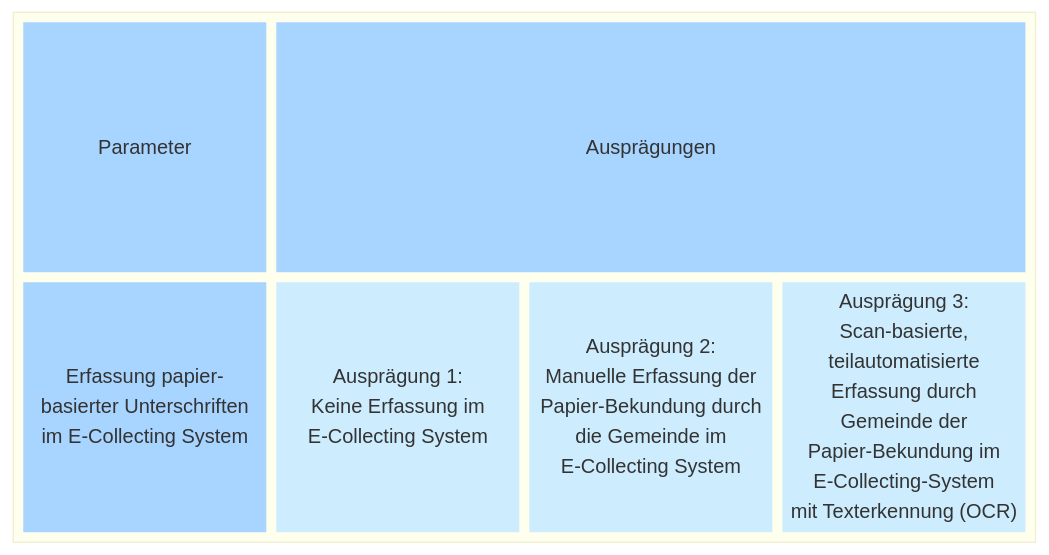
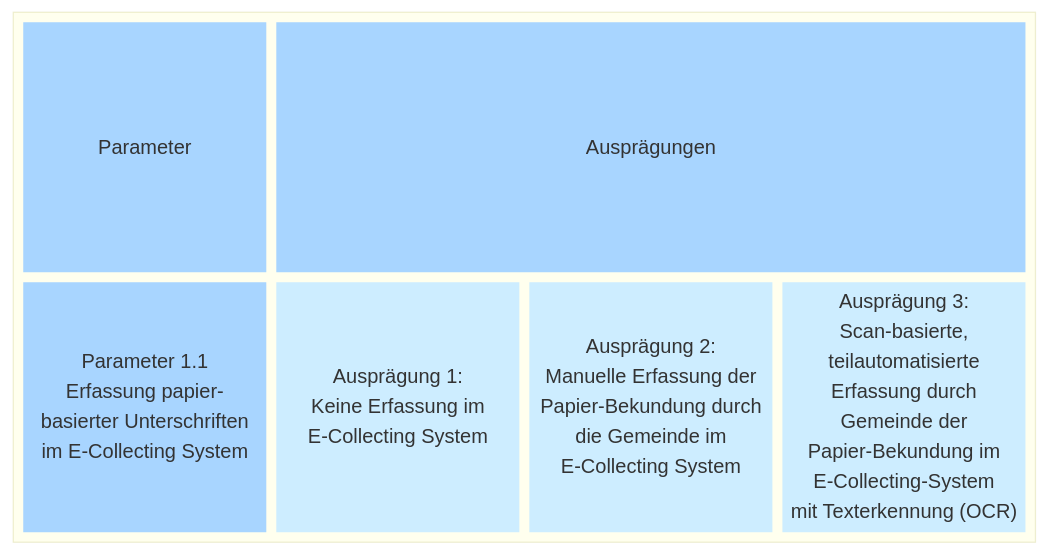
One commit to dune73/test-5 changed the diagram in README.md. Above: the diagram before and after it, drawn with Mermaid.

````diff
--- a/README.md
+++ b/README.md
@@ -26,33 +26,34 @@
 ```mermaid
 block
   block
     columns 4
     t1["Parameter"]
     t2["Ausprägungen"]:3
-    d["Erfassung papier-
+    d["Parameter 1.1
+      Erfassung papier-
       basierter Unterschriften
       im E-Collecting System"]
     a1["Ausprägung 1:
       Keine Erfassung im
       E-Collecting System"]
     a2["Ausprägung 2:
       Manuelle Erfassung der
       Papier-Bekundung durch
       die Gemeinde im 
       E-Collecting System"]
     a3["Ausprägung 3:
       Scan-basierte,
       teilautomatisierte
       Erfassung durch
       Gemeinde der
       Papier-Bekundung im
       E-Collecting-System
       mit Texterkennung (OCR)"]
     style t1 fill:#a8d5ff,stroke-width:0px
     style t2 fill:#a8d5ff,stroke-width:0px
     style d fill:#a8d5ff,stroke-width:0px,text-valign:top
     style a1 fill:#cdedff,stroke-width:0px
     style a2 fill:#cdedff,stroke-width:0px
     style a3 fill:#cdedff,stroke-width:0px
   end
 ```
````
